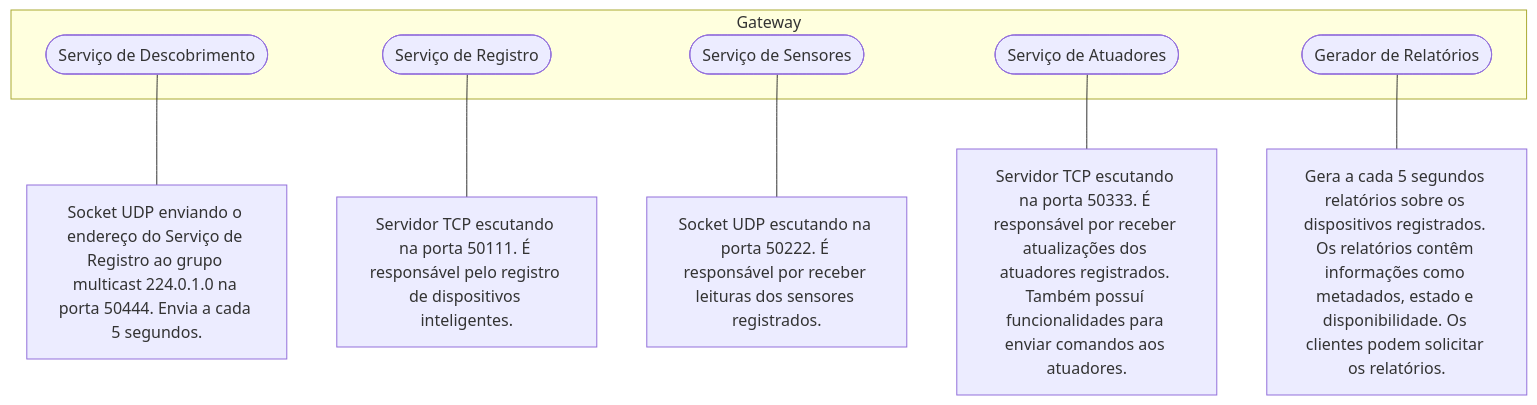
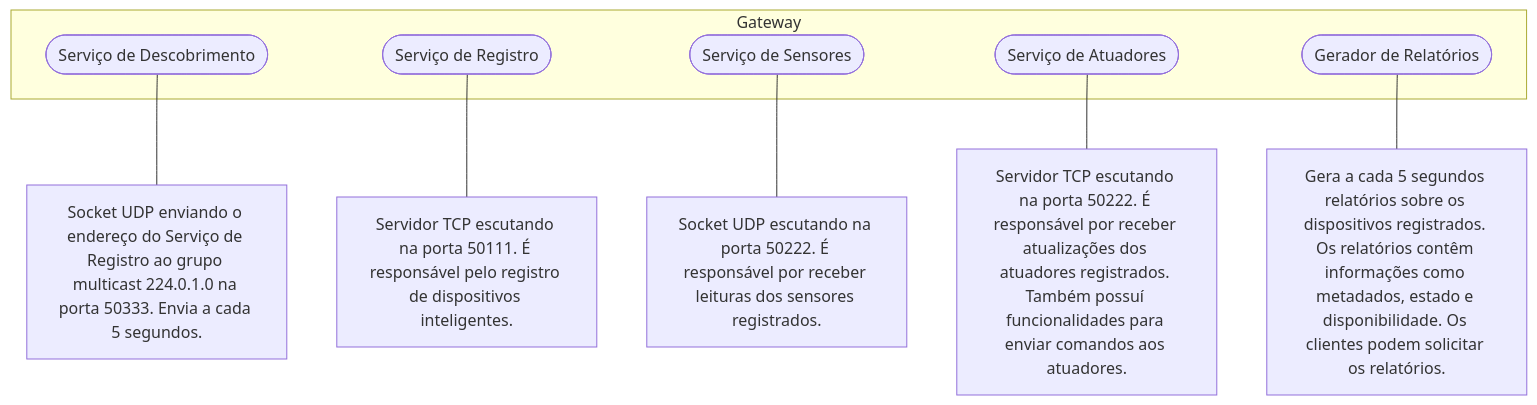
One commit to nelioasousa/cidade_inteligente changed the first of 3 diagrams in README.md. Above: the diagram before and after it, drawn with Mermaid. The commit also changed 8 other files, not shown here.

````diff
--- a/README.md
+++ b/README.md
@@ -47,25 +47,25 @@
 ```mermaid
 flowchart BT
     subgraph Gateway
         descobrimento([Serviço de Descobrimento])
         registro([Serviço de Registro])
         sensores([Serviço de Sensores])
         atuadores([Serviço de Atuadores])
         relatorios([Gerador de Relatórios])
     end
 
-    desc_descobrimento[Socket UDP enviando o endereço do Serviço de Registro ao grupo multicast 224.0.1.0 na porta 50444. Envia a cada 5 segundos.]
+    desc_descobrimento[Socket UDP enviando o endereço do Serviço de Registro ao grupo multicast 224.0.1.0 na porta 50333. Envia a cada 5 segundos.]
     desc_descobrimento --- descobrimento
 
     desc_registro[Servidor TCP escutando na porta 50111. É responsável pelo registro de dispositivos inteligentes.]
     desc_registro --- registro
 
     desc_sensores[Socket UDP escutando na porta 50222. É responsável por receber leituras dos sensores registrados.]
     desc_sensores --- sensores
 
-    desc_atuadores[Servidor TCP escutando na porta 50333. É responsável por receber atualizações dos atuadores registrados. Também possuí funcionalidades para enviar comandos aos atuadores.]
+    desc_atuadores[Servidor TCP escutando na porta 50222. É responsável por receber atualizações dos atuadores registrados. Também possuí funcionalidades para enviar comandos aos atuadores.]
     desc_atuadores --- atuadores
 
     desc_relatorios[Gera a cada 5 segundos relatórios sobre os dispositivos registrados. Os relatórios contêm informações como metadados, estado e disponibilidade. Os clientes podem solicitar os relatórios.]
     desc_relatorios --- relatorios
 ```
````
